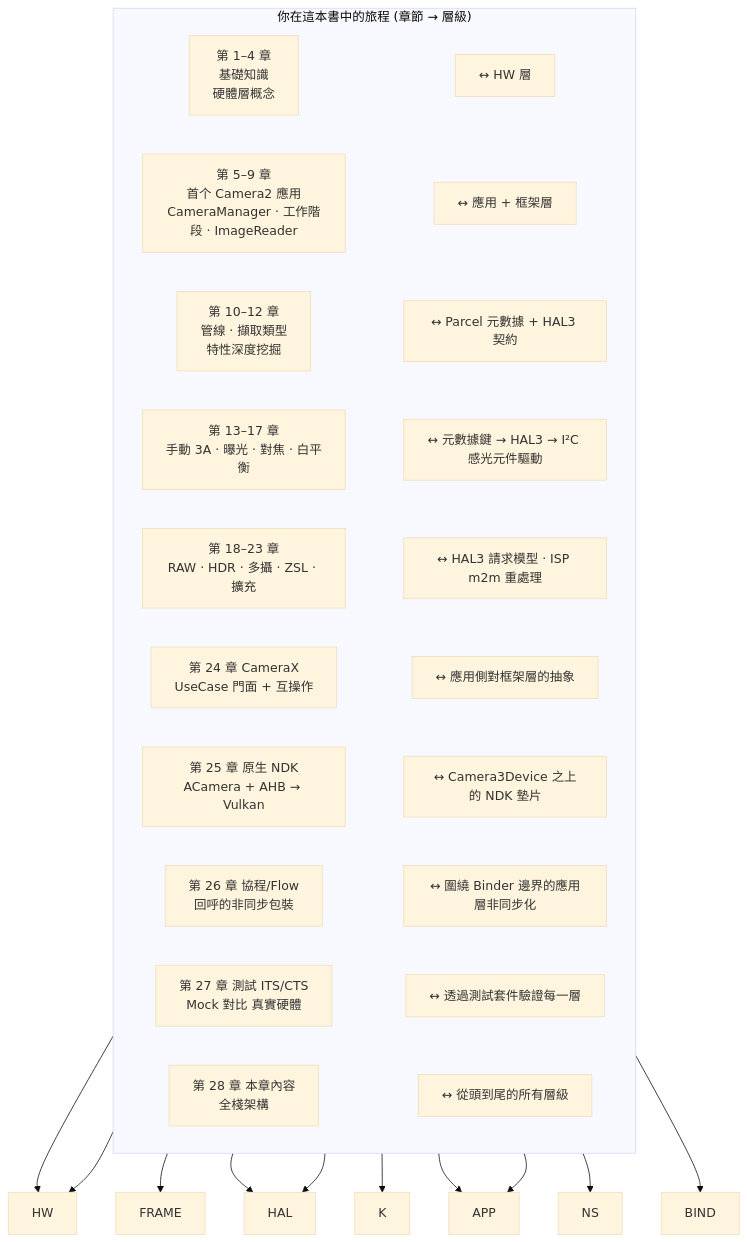
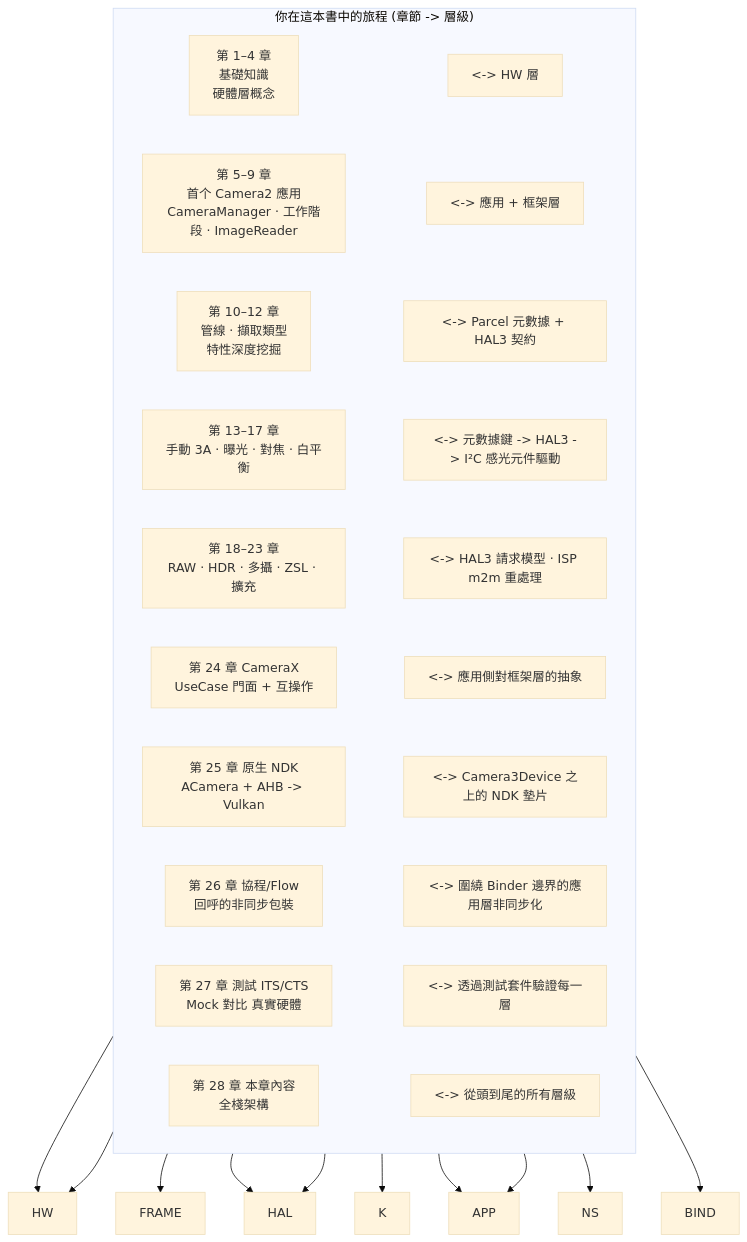
The fourth of 4 diagrams in website/i18n/zh-Hant/docusaurus-plugin-content-docs/current/camera2/camera2-architecture.md (zoozooll/AndroidCameraParameters), drawn with Mermaid (base theme) before and after one commit. The commit also changed other lines of this file and 77 other files, not shown here.

First line of the commit message:
docs: standardize Mermaid syntax and polish 3A pipeline translations

````diff
--- a/website/i18n/zh-Hant/docusaurus-plugin-content-docs/current/camera2/camera2-architecture.md
+++ b/website/i18n/zh-Hant/docusaurus-plugin-content-docs/current/camera2/camera2-architecture.md
@@ -276,26 +276,26 @@
 ```mermaid
 flowchart TB
-    subgraph Journey["你在這本書中的旅程 (章節 → 層級)"]
+    subgraph Journey["你在這本書中的旅程 (章節 -> 層級)"]
         direction LR
-        C1["第 1–4 章<br/>基礎知識<br/>硬體層概念"] ~~~ H_L1["↔ HW 層"]
-        C2["第 5–9 章<br/>首个 Camera2 應用<br/>CameraManager · 工作階段 · ImageReader"] ~~~ H_L2["↔ 應用 + 框架層"]
-        C3["第 10–12 章<br/>管線 · 擷取類型<br/>特性深度挖掘"] ~~~ H_L3["↔ Parcel 元數據 + HAL3 契約"]
-        C4["第 13–17 章<br/>手動 3A · 曝光 · 對焦 · 白平衡"] ~~~ H_L4["↔ 元數據鍵 → HAL3 → I²C 感光元件驅動"]
-        C5["第 18–23 章<br/>RAW · HDR · 多攝 · ZSL · 擴充"] ~~~ H_L5["↔ HAL3 請求模型 · ISP m2m 重處理"]
-        C6["第 24 章 CameraX<br/>UseCase 門面 + 互操作"] ~~~ H_L6["↔ 應用側對框架層的抽象"]
-        C7["第 25 章 原生 NDK<br/>ACamera + AHB → Vulkan"] ~~~ H_L7["↔ Camera3Device 之上的 NDK 墊片"]
-        C8["第 26 章 協程/Flow<br/>回呼的非同步包裝"] ~~~ H_L8["↔ 圍繞 Binder 邊界的應用層非同步化"]
-        C9["第 27 章 測試 ITS/CTS<br/>Mock 對比 真實硬體"] ~~~ H_L9["↔ 透過測試套件驗證每一層"]
-        C10["第 28 章 本章內容<br/>全棧架構"] ~~~ H_L10["↔ 從頭到尾的所有層級"]
+        C1["第 1–4 章<br/>基礎知識<br/>硬體層概念"] ~~~ H_L1["<-> HW 層"]
+        C2["第 5–9 章<br/>首个 Camera2 應用<br/>CameraManager · 工作階段 · ImageReader"] ~~~ H_L2["<-> 應用 + 框架層"]
+        C3["第 10–12 章<br/>管線 · 擷取類型<br/>特性深度挖掘"] ~~~ H_L3["<-> Parcel 元數據 + HAL3 契約"]
+        C4["第 13–17 章<br/>手動 3A · 曝光 · 對焦 · 白平衡"] ~~~ H_L4["<-> 元數據鍵 -> HAL3 -> I²C 感光元件驅動"]
+        C5["第 18–23 章<br/>RAW · HDR · 多攝 · ZSL · 擴充"] ~~~ H_L5["<-> HAL3 請求模型 · ISP m2m 重處理"]
+        C6["第 24 章 CameraX<br/>UseCase 門面 + 互操作"] ~~~ H_L6["<-> 應用側對框架層的抽象"]
+        C7["第 25 章 原生 NDK<br/>ACamera + AHB -> Vulkan"] ~~~ H_L7["<-> Camera3Device 之上的 NDK 墊片"]
+        C8["第 26 章 協程/Flow<br/>回呼的非同步包裝"] ~~~ H_L8["<-> 圍繞 Binder 邊界的應用層非同步化"]
+        C9["第 27 章 測試 ITS/CTS<br/>Mock 對比 真實硬體"] ~~~ H_L9["<-> 透過測試套件驗證每一層"]
+        C10["第 28 章 本章內容<br/>全棧架構"] ~~~ H_L10["<-> 從頭到尾的所有層級"]
     end
     H_L1 --> HW
     H_L2 --> FRAME
     H_L3 --> HAL
     H_L4 --> K
     H_L5 --> HAL
     H_L6 --> APP
     H_L7 --> NS
     H_L8 --> APP
     H_L9 --> BIND
     H_L10 --> HW
 ```
````
